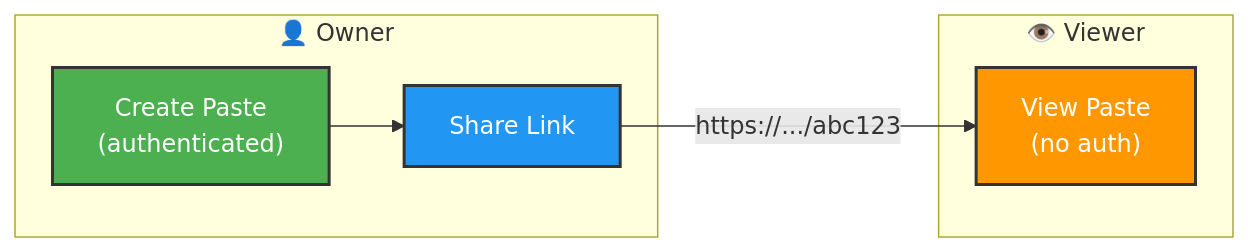
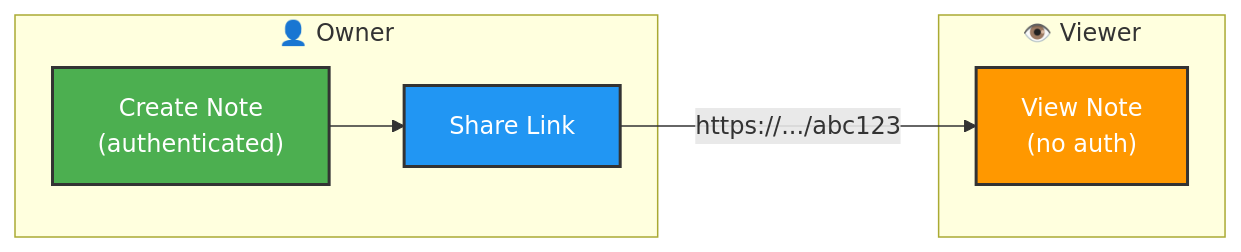
One commit to EternalEffy/wishly-platform changed the third of 3 diagrams in README.md. Above: the diagram before and after it, drawn with Mermaid. The commit also changed other lines of this file, not shown here.

````diff
--- a/README.md
+++ b/README.md
@@ -101,16 +105,16 @@
 ```mermaid
 flowchart LR
     subgraph Owner["👤 Owner"]
-        A["Create Paste<br/>(authenticated)"] --> B["Share Link"]
+        A["Create Note<br/>(authenticated)"] --> B["Share Link"]
     end
     
     subgraph Viewer["👁️ Viewer"]
-        C["View Paste<br/>(no auth)"]
+        C["View Note<br/>(no auth)"]
     end
     
     B -->|"https://.../abc123"| C
     
     style A fill:#4CAF50,color:white,stroke:#333,stroke-width:2px
     style B fill:#2196F3,color:white,stroke:#333,stroke-width:2px
     style C fill:#FF9800,color:white,stroke:#333,stroke-width:2px
 ```
````
